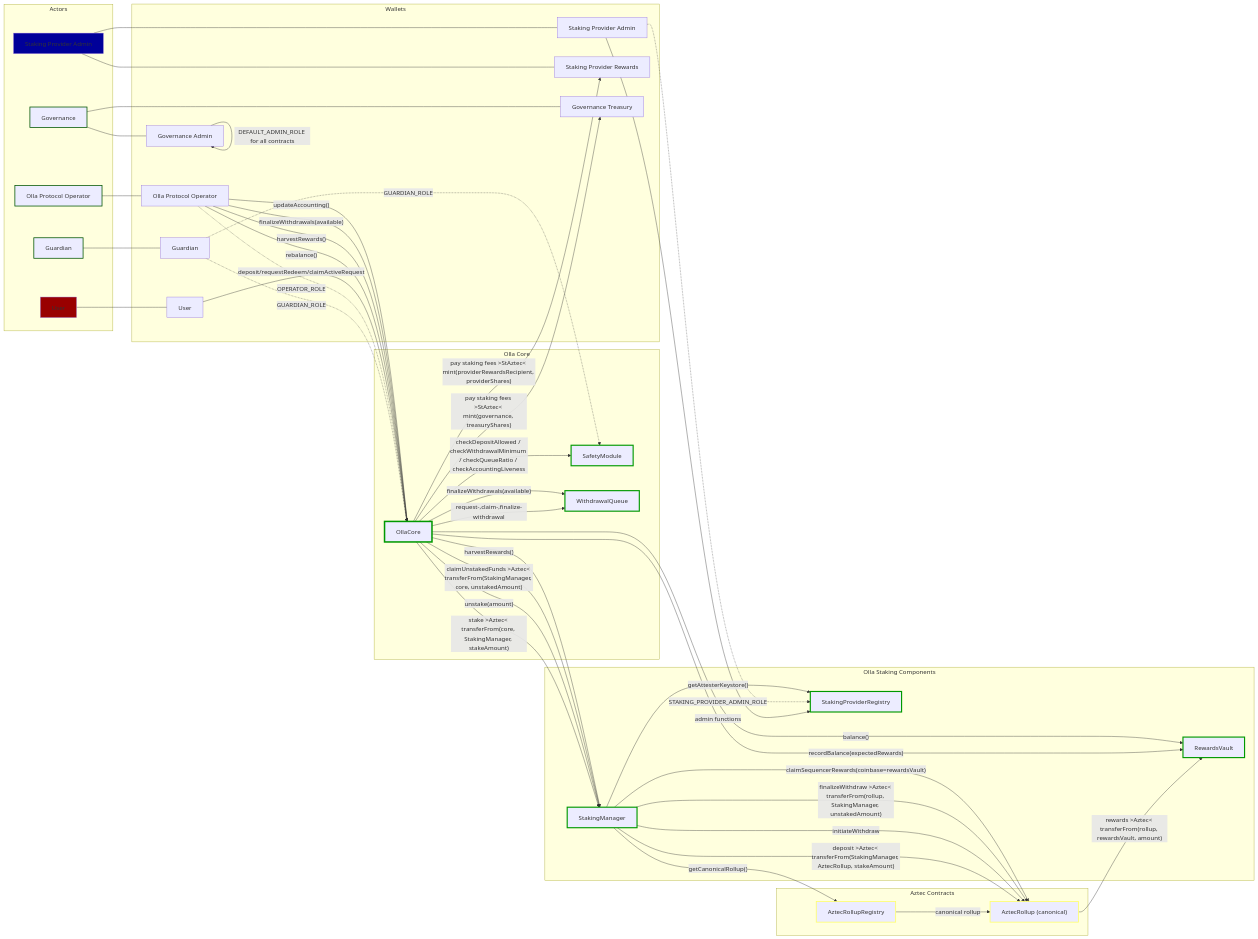
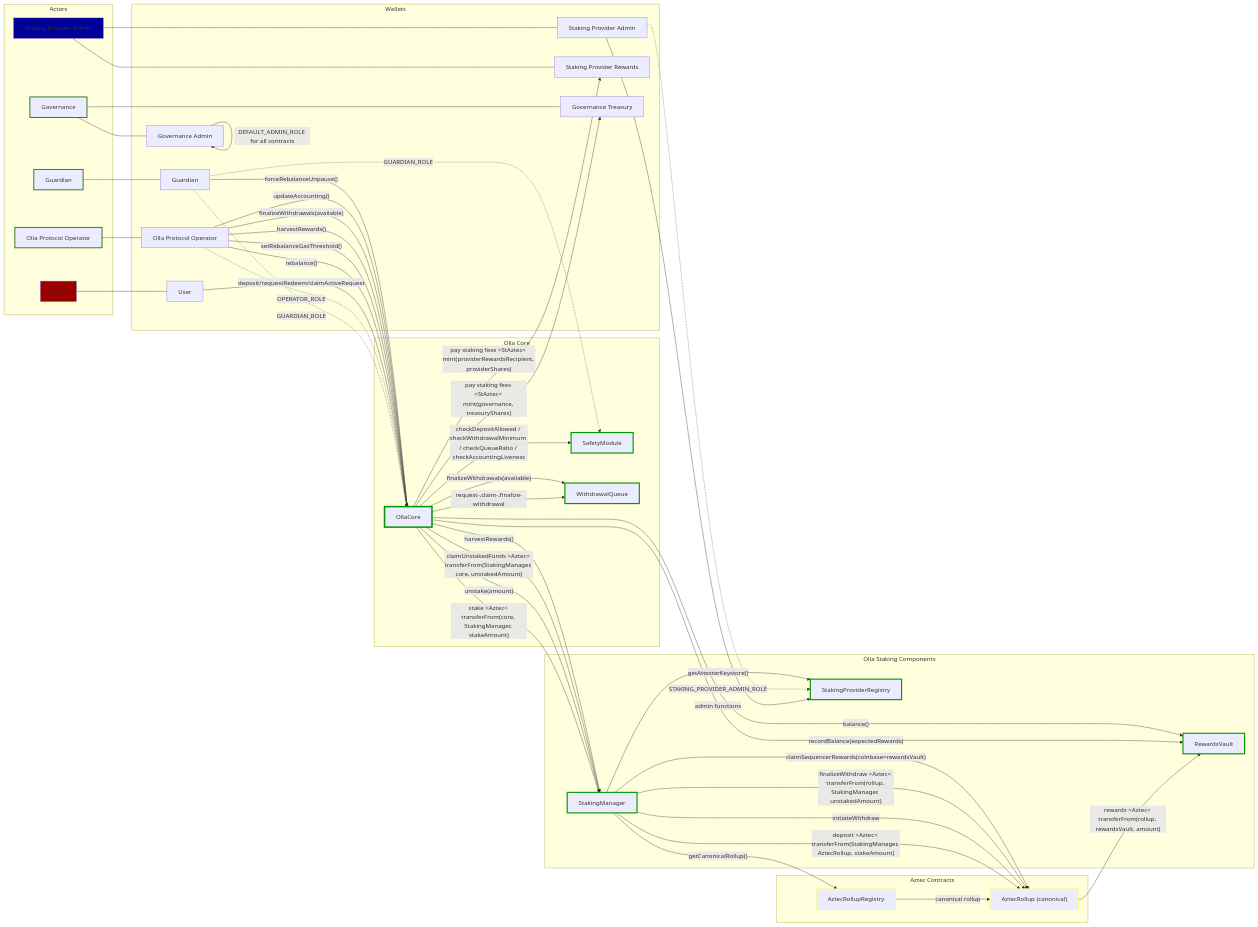
The first of 10 diagrams in mermaid-diagrams.md (ollafinance/core), drawn with Mermaid before and after one commit. The commit also changed 9 other files, not shown here.

First line of the commit message:
feat: Add RebalancePause to OllaCore, ensuring protocol is paused during rebalance process and transactions (#187)

```diff
--- a/mermaid-diagrams.md
+++ b/mermaid-diagrams.md
@@ -64,9 +64,13 @@
 
 %% Operator cycle (end-state orchestration)
 ollaOperatorWallet -->|"rebalance()"| core
+ollaOperatorWallet -->|"setRebalanceGasThreshold()"| core
 ollaOperatorWallet -->|"harvestRewards()"| core
 ollaOperatorWallet -->|"finalizeWithdrawals(available)"| core
 ollaOperatorWallet -->|"updateAccounting()"| core
+
+%% Guardian control
+guardianWallet -->|"forceRebalanceUnpause()"| core
 
 %% Staking principal (AZTEC token) movements
 core -->|"stake >Aztec< transferFrom(core, StakingManager, stakeAmount)"| stkMan
```
